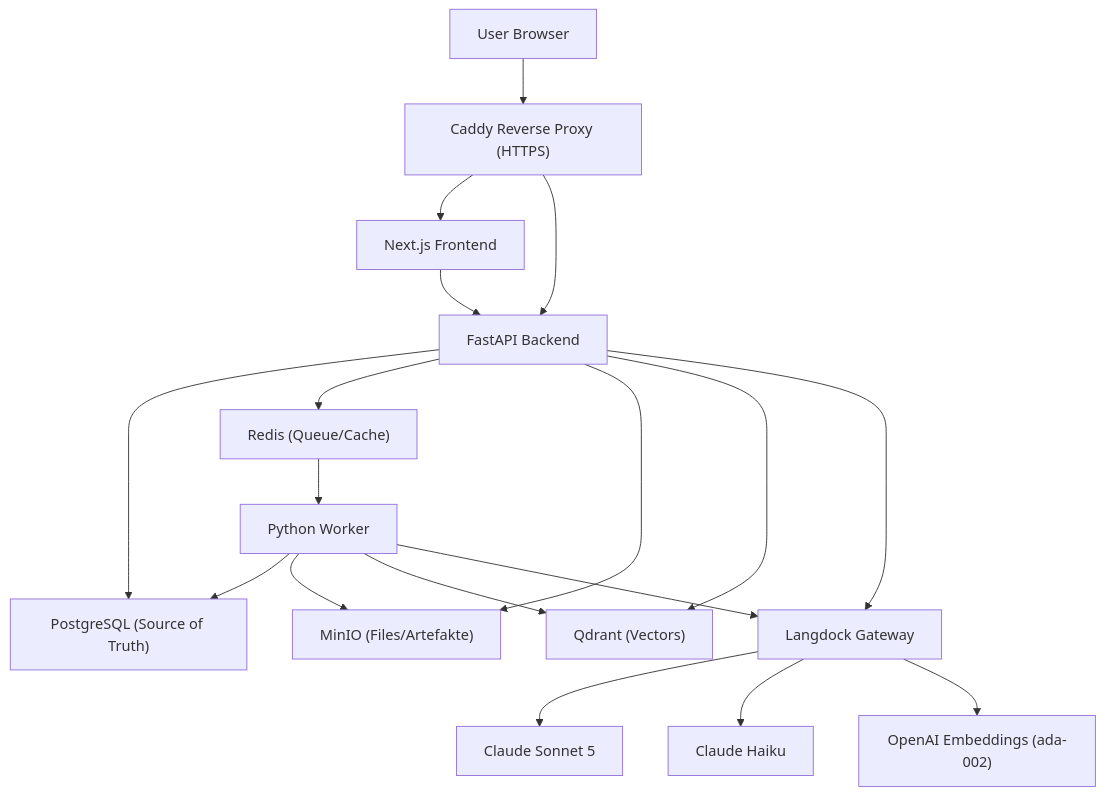
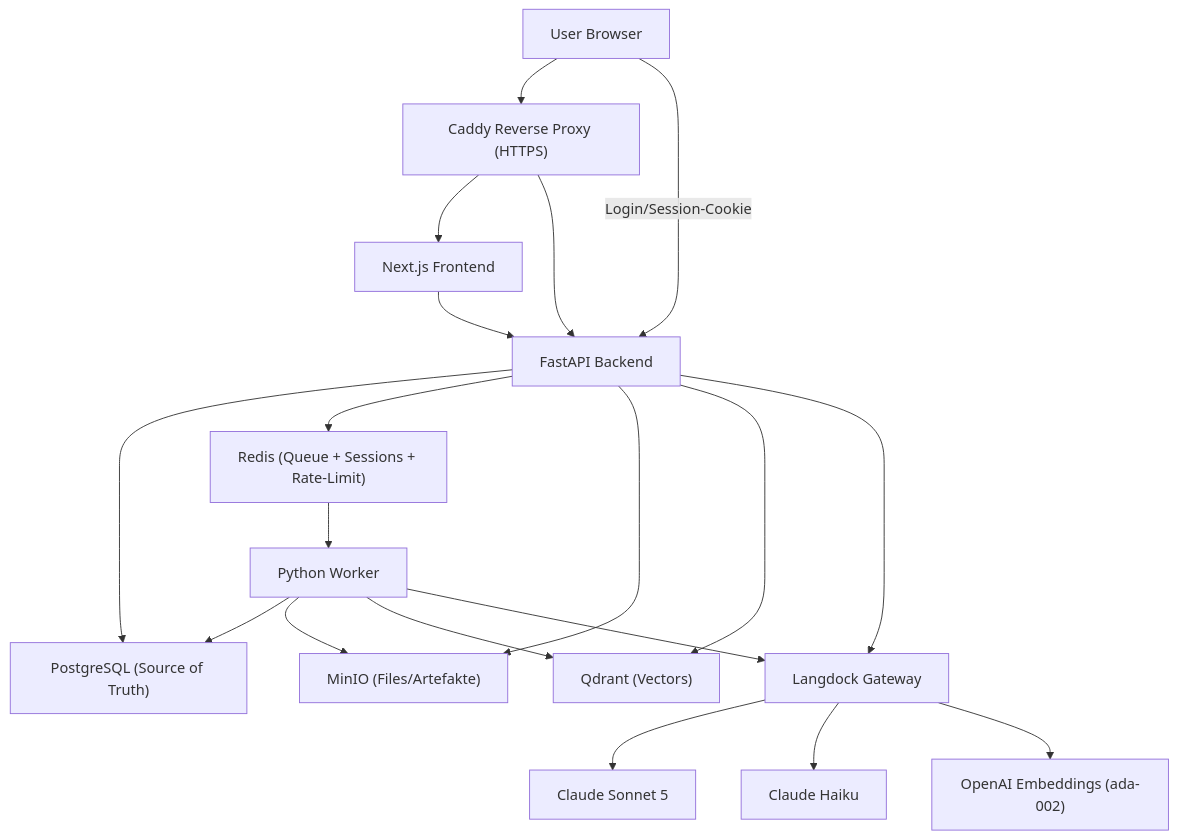
One commit to Hereliesviolet/NotebookLMC changed the diagram in docs/architecture.md. Above: the diagram before and after it, drawn with Mermaid. The commit also changed other lines of this file and 5 other files, not shown here.

````diff
--- a/docs/architecture.md
+++ b/docs/architecture.md
@@ -5,20 +5,21 @@
 ```mermaid
 flowchart TB
     Browser["User Browser"] --> Caddy["Caddy Reverse Proxy (HTTPS)"]
     Caddy --> Frontend["Next.js Frontend"]
     Caddy --> API["FastAPI Backend"]
     Frontend --> API
+    Browser -->|"Login/Session-Cookie"| API
     API --> Postgres["PostgreSQL (Source of Truth)"]
-    API --> Redis["Redis (Queue/Cache)"]
+    API --> Redis["Redis (Queue + Sessions + Rate-Limit)"]
     API --> MinIO["MinIO (Files/Artefakte)"]
     API --> Qdrant["Qdrant (Vectors)"]
     API --> Langdock["Langdock Gateway"]
     Redis --> Worker["Python Worker"]
     Worker --> Postgres
     Worker --> MinIO
     Worker --> Qdrant
     Worker --> Langdock
     Langdock --> Sonnet["Claude Sonnet 5"]
     Langdock --> Haiku["Claude Haiku"]
     Langdock --> Embeddings["OpenAI Embeddings (ada-002)"]
 ```
````
